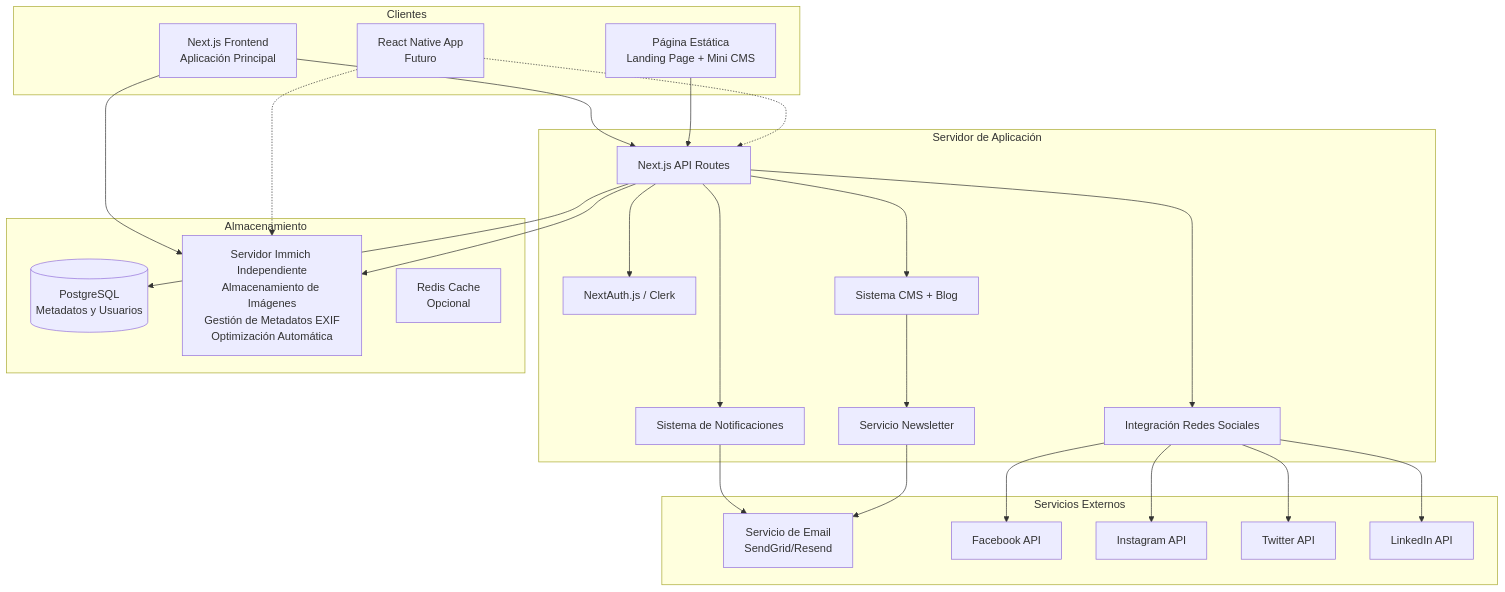
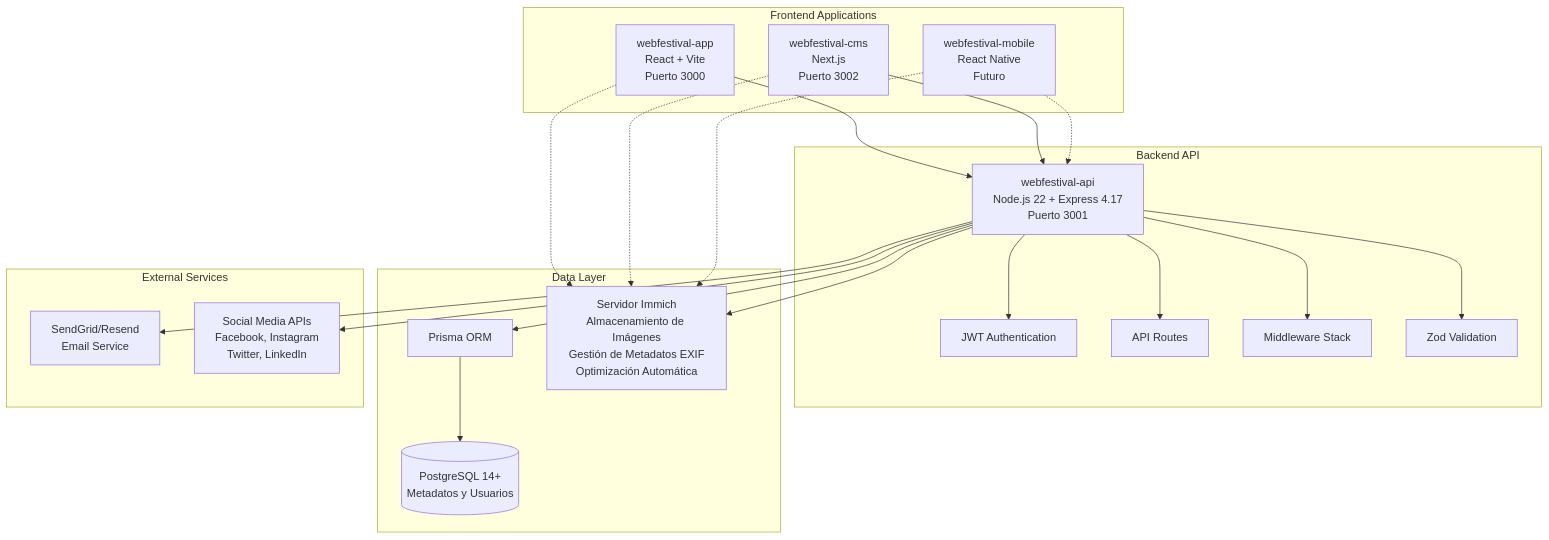
The diagram in .kiro/specs/webfestival-platform/design.md (ArthurTechPro/webfestival), drawn with Mermaid before and after one commit. The commit also changed other lines of this file and 5 other files, not shown here.

Commit message:
Refactorizar el archivo README.md para reflejar la nueva arquitectura multiproyecto y las características mejoradas para el ecosistema WebFestival, incluida la estructura detallada del proyecto, la pila de tecnología, los roles de los usuarios y la hoja de ruta de desarrollo.

````diff
--- a/.kiro/specs/webfestival-platform/design.md
+++ b/.kiro/specs/webfestival-platform/design.md
@@ -11,52 +19,46 @@
 ```mermaid
 graph TB
-    subgraph "Clientes"
-        WEB[Next.js Frontend<br/>Aplicación Principal]
-        STATIC[Página Estática<br/>Landing Page + Mini CMS]
-        MOBILE[React Native App<br/>Futuro]
+    subgraph "Frontend Applications"
+        APP[webfestival-app<br/>React + Vite<br/>Puerto 3000]
+        LANDING[webfestival-cms<br/>Next.js<br/>Puerto 3002]
+        MOBILE[webfestival-mobile<br/>React Native<br/>Futuro]
     end
     
-    subgraph "Servidor de Aplicación"
-        API[Next.js API Routes]
-        AUTH[NextAuth.js / Clerk]
-        NOTIF[Sistema de Notificaciones]
-        SOCIAL[Integración Redes Sociales]
-        CMS[Sistema CMS + Blog]
-        NEWSLETTER[Servicio Newsletter]
+    subgraph "Backend API"
+        API[webfestival-api<br/>Node.js 22 + Express 4.17<br/>Puerto 3001]
+        AUTH[JWT Authentication]
+        ROUTES[API Routes]
+        MIDDLEWARE[Middleware Stack]
+        VALIDATION[Zod Validation]
     end
     
-    subgraph "Almacenamiento"
-        DB[(PostgreSQL<br/>Metadatos y Usuarios)]
-        IMMICH[Servidor Immich Independiente<br/>Almacenamiento de Imágenes<br/>Gestión de Metadatos EXIF<br/>Optimización Automática]
-        CACHE[Redis Cache<br/>Opcional]
+    subgraph "Data Layer"
+        PRISMA[Prisma ORM]
+        DB[(PostgreSQL 14+<br/>Metadatos y Usuarios)]
+        IMMICH[Servidor Immich<br/>Almacenamiento de Imágenes<br/>Gestión de Metadatos EXIF<br/>Optimización Automática]
     end
     
-    subgraph "Servicios Externos"
-        EMAIL[Servicio de Email<br/>SendGrid/Resend]
-        FACEBOOK[Facebook API]
-        INSTAGRAM[Instagram API]
-        TWITTER[Twitter API]
-        LINKEDIN[LinkedIn API]
+    subgraph "External Services"
+        EMAIL[SendGrid/Resend<br/>Email Service]
+        SOCIAL_APIS[Social Media APIs<br/>Facebook, Instagram<br/>Twitter, LinkedIn]
     end
     
-    WEB --> API
-    STATIC --> API
+    APP --> API
+    LANDING --> API
     MOBILE -.-> API
-    API --> DB
+    
+    API --> AUTH
+    API --> ROUTES
+    API --> MIDDLEWARE
+    API --> VALIDATION
+    API --> PRISMA
     API --> IMMICH
-    API --> AUTH
-    API --> NOTIF
-    API --> SOCIAL
-    API --> CMS
-    CMS --> NEWSLETTER
+    API --> EMAIL
+    API --> SOCIAL_APIS
     
-    NOTIF --> EMAIL
-    NEWSLETTER --> EMAIL
-    SOCIAL --> FACEBOOK
-    SOCIAL --> INSTAGRAM
-    SOCIAL --> TWITTER
-    SOCIAL --> LINKEDIN
+    PRISMA --> DB
     
-    WEB --> IMMICH
+    APP -.-> IMMICH
+    LANDING -.-> IMMICH
     MOBILE -.-> IMMICH
 ```
````
